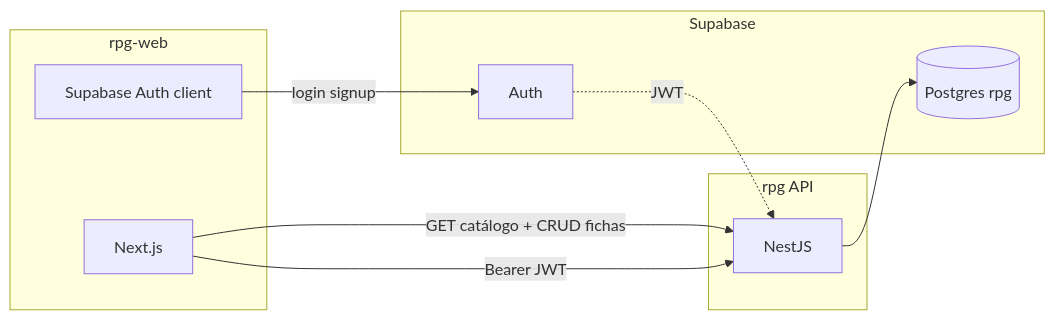
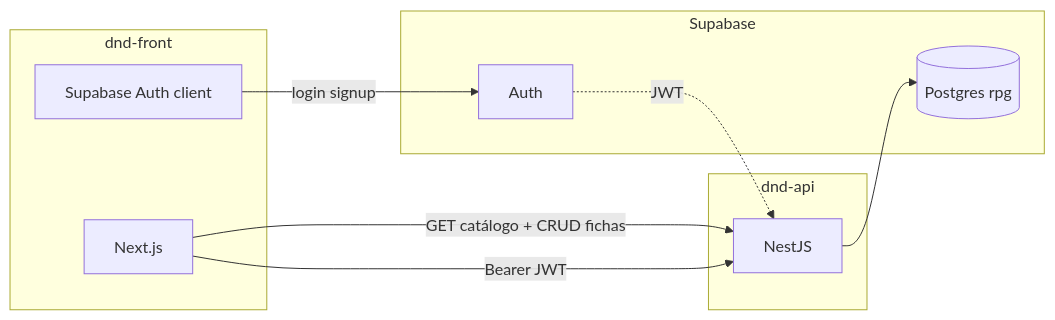
One commit to Lucas-PB1/dnd-back changed the diagram in docs/product-roadmap.md. Above: the diagram before and after it, drawn with Mermaid. The commit also changed other lines of this file and 6 other files, not shown here.

First line of the commit message:
Refactor project structure and update documentation for dnd-api and dnd-front

````diff
--- a/docs/product-roadmap.md
+++ b/docs/product-roadmap.md
@@ -18,22 +18,22 @@
 ```mermaid
 flowchart LR
-  subgraph web [rpg-web]
+  subgraph web [dnd-front]
     UI[Next.js]
     AuthClient[Supabase Auth client]
   end
 
-  subgraph api [rpg API]
+  subgraph api [dnd-api]
     Nest[NestJS]
   end
 
   subgraph data [Supabase]
     PG[(Postgres rpg)]
     Auth[Auth]
   end
 
   UI -->|GET catálogo + CRUD fichas| Nest
   AuthClient -->|login signup| Auth
   UI -->|Bearer JWT| Nest
   Nest --> PG
   Auth -.->|JWT| Nest
 ```
````
